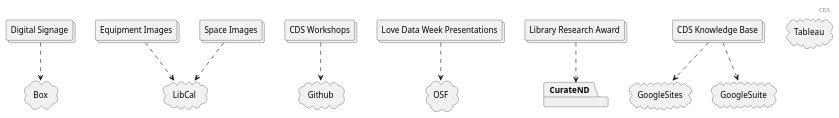
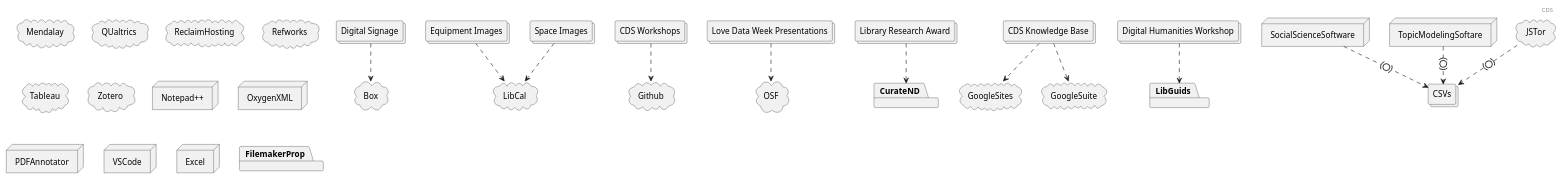
Before and after one commit to ndlib/dam-ecosystem-mapping: the diagram in plantuml/cds.puml, drawn with PlantUML. The commit also changed 5 other files, not shown here.

```diff
--- a/plantuml/cds.puml
+++ b/plantuml/cds.puml
@@ -10,31 +10,53 @@
 @startuml
 
 header CDS
 
 collections "Digital Signage" as DS
 collections "Equipment Images" as EI
 collections "Space Images" as SI
 collections "CDS Workshops" as CDSW
 collections "Love Data Week Presentations" as LDWP
 collections "Library Research Award" as LRA
 collections "CDS Knowledge Base" as CDSKB
+collections "Digital Humanities Workshop" as DHW
+collections "CSVs"
 
 cloud Box
 cloud Github
-cloud Tableau
 cloud GoogleSites
-cloud OSF
 cloud GoogleSuite
 cloud LibCal
+cloud Mendalay
+cloud OSF
+cloud QUaltrics
+cloud ReclaimHosting
+cloud Refworks
+cloud Tableau
+cloud Zotero
+node "Notepad++" as NP
+node OxygenXML
+node PDFAnnotator
+node VSCode
+node Excel
 package CurateND
+package FilemakerProp
+package LibGuids
+node SocialScienceSoftware
+node TopicModelingSoftare
+cloud JSTor
+
+JSTor .(0).> CSVs
+TopicModelingSoftare .(0).> CSVs
+SocialScienceSoftware .(0).> CSVs
 
 DS ..> Box
 CDSW ..> Github
 LRA ..> CurateND
 LDWP ..> OSF
 CDSKB ..> GoogleSites
 CDSKB ..> GoogleSuite
 EI ..> LibCal
 SI ..> LibCal
+DHW ..> LibGuids
 
 @enduml
```
